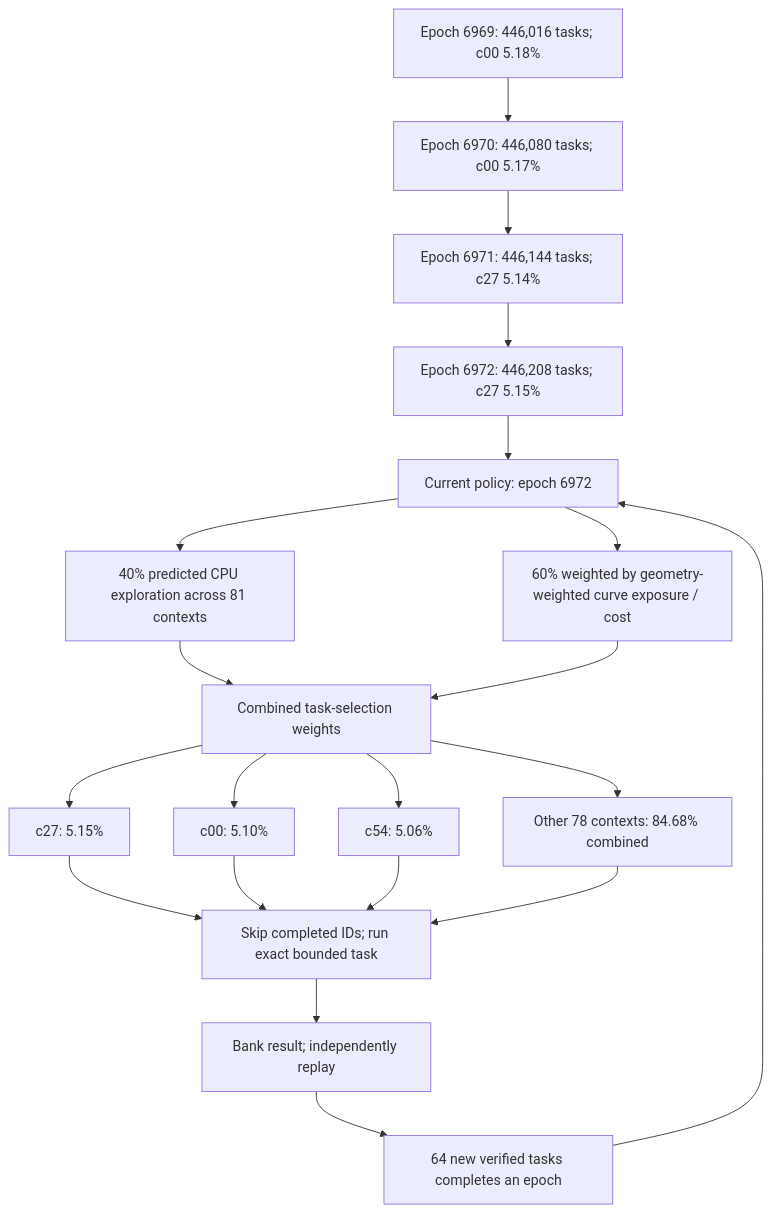
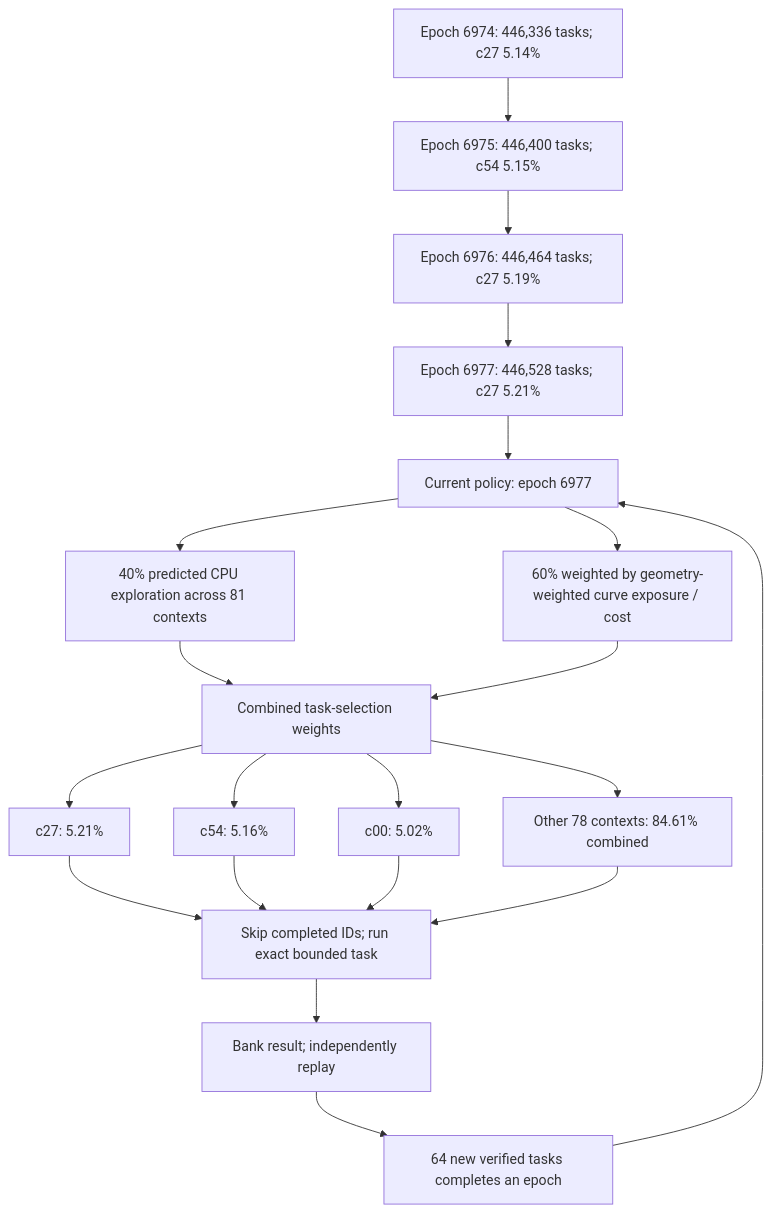
Before and after one commit to Kuberwastaken/math-gambling: the first of 4 diagrams in README.md, drawn with Mermaid. The commit also changed other lines of this file and 1340 other files, not shown here.

````diff
--- a/README.md
+++ b/README.md
@@ -60,27 +60,27 @@
 ```mermaid
 flowchart TD
-    H0["Epoch 6969: 446,016 tasks; c00 5.18%"]
-    H1["Epoch 6970: 446,080 tasks; c00 5.17%"]
+    H0["Epoch 6974: 446,336 tasks; c27 5.14%"]
+    H1["Epoch 6975: 446,400 tasks; c54 5.15%"]
     H0 --> H1
-    H2["Epoch 6971: 446,144 tasks; c27 5.14%"]
+    H2["Epoch 6976: 446,464 tasks; c27 5.19%"]
     H1 --> H2
-    H3["Epoch 6972: 446,208 tasks; c27 5.15%"]
+    H3["Epoch 6977: 446,528 tasks; c27 5.21%"]
     H2 --> H3
-    Policy["Current policy: epoch 6972"]
+    Policy["Current policy: epoch 6977"]
     H3 --> Policy
     Policy --> Explore["40% predicted CPU exploration across 81 contexts"]
     Policy --> Cost["60% weighted by geometry-weighted curve exposure / cost"]
     Explore --> Mix["Combined task-selection weights"]
     Cost --> Mix
-    Mix --> C0["c27: 5.15%"]
-    Mix --> C1["c00: 5.10%"]
-    Mix --> C2["c54: 5.06%"]
-    Mix --> Rest["Other 78 contexts: 84.68% combined"]
+    Mix --> C0["c27: 5.21%"]
+    Mix --> C1["c54: 5.16%"]
+    Mix --> C2["c00: 5.02%"]
+    Mix --> Rest["Other 78 contexts: 84.61% combined"]
     C0 --> Check["Skip completed IDs; run exact bounded task"]
     C1 --> Check
     C2 --> Check
     Rest --> Check
     Check --> Replay["Bank result; independently replay"]
     Replay --> Gate["64 new verified tasks completes an epoch"]
     Gate --> Policy
 ```
````
